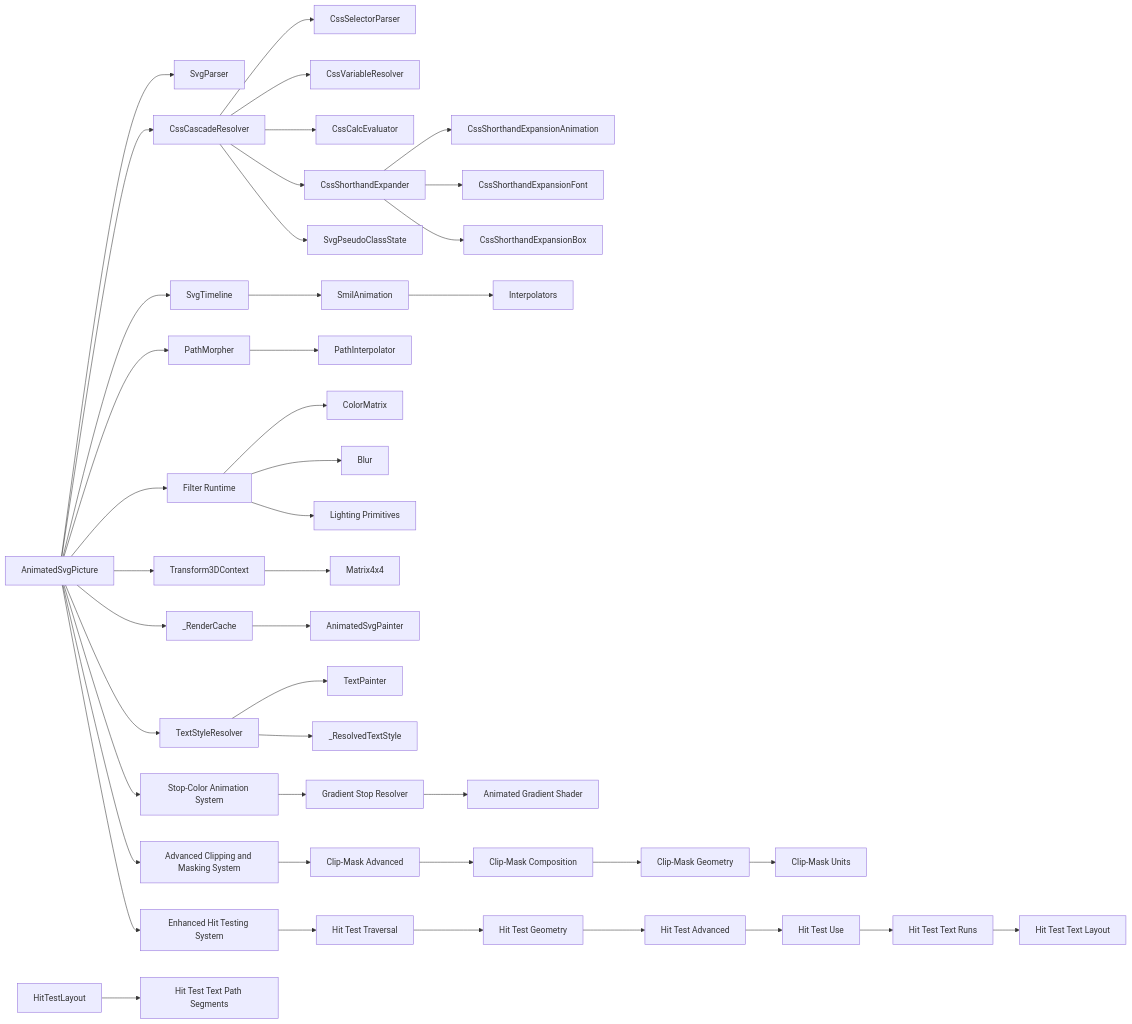
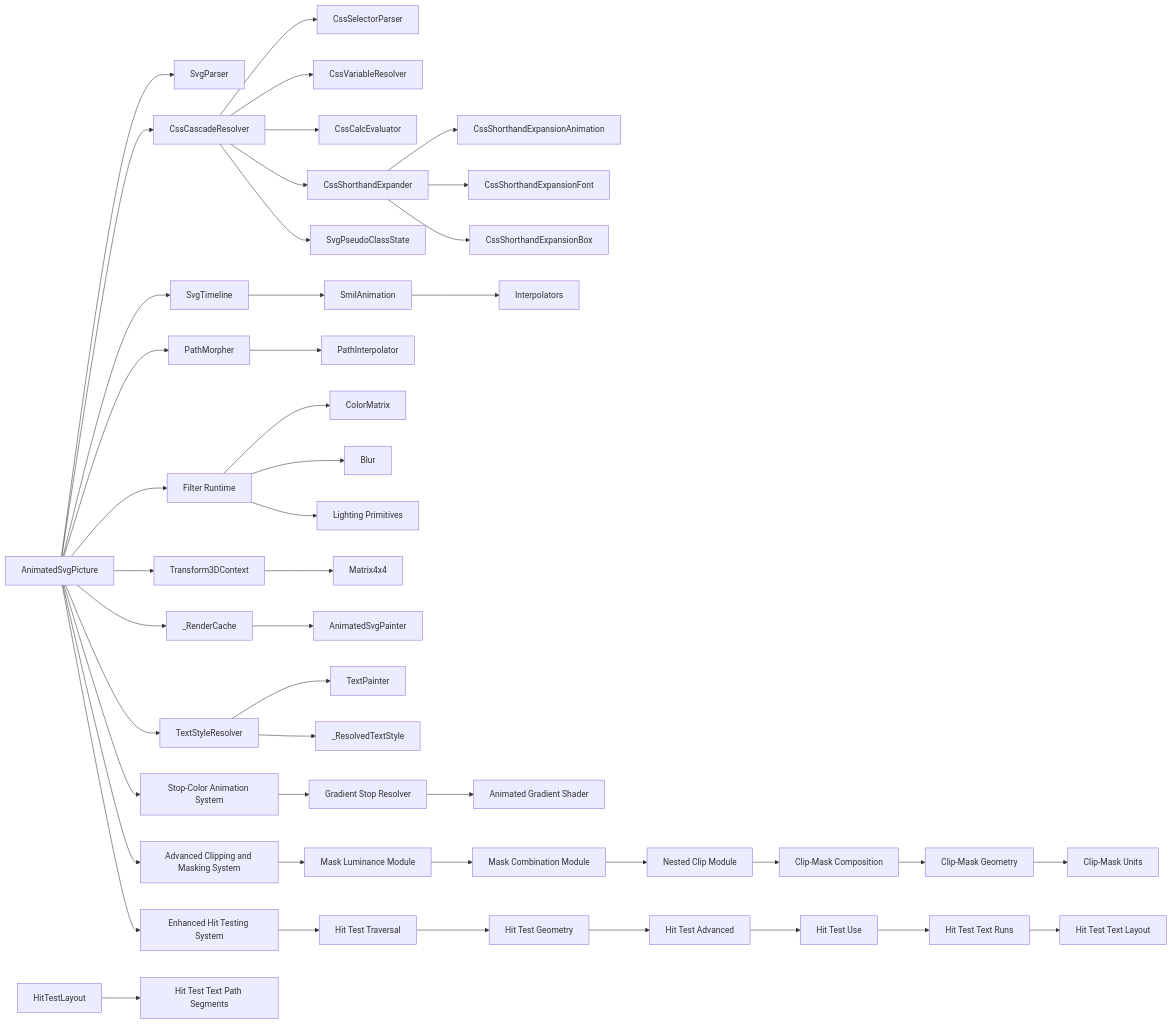
Diagram 20 of 20 in .qoder/repowiki/en/content/Animated SVG Support/Advanced Animation Features/Advanced Animation Features.md (denisnadey/flutter_full_svg_support), drawn with Mermaid before and after one commit. The commit also changed other lines of this file and 60 other files, not shown here.

First line of the commit message:
refactor(animation): modularize advanced clipping and masking system

````diff
--- a/.qoder/repowiki/en/content/Animated SVG Support/Advanced Animation Features/Advanced Animation Features.md
+++ b/.qoder/repowiki/en/content/Animated SVG Support/Advanced Animation Features/Advanced Animation Features.md
@@ -1930,45 +1945,47 @@
 ```mermaid
 graph LR
 Picture["AnimatedSvgPicture"] --> Parser["SvgParser"]
 Picture --> Timeline["SvgTimeline"]
 Picture --> CssCascade["CssCascadeResolver"]
 CssCascade --> CssSelectors["CssSelectorParser"]
 CssCascade --> CssVars["CssVariableResolver"]
 CssCascade --> CssCalc["CssCalcEvaluator"]
 CssCascade --> ShorthandExpander["CssShorthandExpander"]
 ShorthandExpander --> AnimationExpander["CssShorthandExpansionAnimation"]
 ShorthandExpander --> FontExpander["CssShorthandExpansionFont"]
 ShorthandExpander --> BoxExpander["CssShorthandExpansionBox"]
 CssCascade --> PseudoState["SvgPseudoClassState"]
 Timeline --> Anim["SmilAnimation"]
 Anim --> Interp["Interpolators"]
 Picture --> Morph["PathMorpher"]
 Morph --> InterpPath["PathInterpolator"]
 Picture --> Filters["Filter Runtime"]
 Filters --> CM["ColorMatrix"]
 Filters --> Blur["Blur"]
 Filters --> Light["Lighting Primitives"]
 Picture --> Transform3D["Transform3DContext"]
 Transform3D --> Matrix4x4["Matrix4x4"]
 Picture --> RenderCache["_RenderCache"]
 RenderCache --> Painter["AnimatedSvgPainter"]
 Picture --> TextStyle["TextStyleResolver"]
 TextStyle --> TextPaint["TextPainter"]
 TextStyle --> ResolvedStyle["_ResolvedTextStyle"]
 Picture --> StopColorSystem["Stop-Color Animation System"]
 StopColorSystem --> GradientResolver["Gradient Stop Resolver"]
 GradientResolver --> GradientShader["Animated Gradient Shader"]
 Picture --> ClipMaskSystem["Advanced Clipping and Masking System"]
-ClipMaskSystem --> ClipMaskAdvanced["Clip-Mask Advanced"]
-ClipMaskAdvanced --> ClipMaskComposition["Clip-Mask Composition"]
+ClipMaskSystem --> MaskLuminance["Mask Luminance Module"]
+MaskLuminance --> MaskCombination["Mask Combination Module"]
+MaskCombination --> NestedClip["Nested Clip Module"]
+NestedClip --> ClipMaskComposition["Clip-Mask Composition"]
 ClipMaskComposition --> ClipMaskGeometry["Clip-Mask Geometry"]
 ClipMaskGeometry --> ClipMaskUnits["Clip-Mask Units"]
 Picture --> HitTestSystem["Enhanced Hit Testing System"]
 HitTestSystem --> HitTestTraversal["Hit Test Traversal"]
 HitTestTraversal --> HitTestGeometry["Hit Test Geometry"]
 HitTestGeometry --> HitTestAdvanced["Hit Test Advanced"]
 HitTestAdvanced --> HitTestUse["Hit Test Use"]
 HitTestUse --> HitTestTextRuns["Hit Test Text Runs"]
 HitTestTextRuns --> HitTestTextLayout["Hit Test Text Layout"]
 HitTestLayout --> HitTestTextPathSegments["Hit Test Text Path Segments"]
 ```
````
